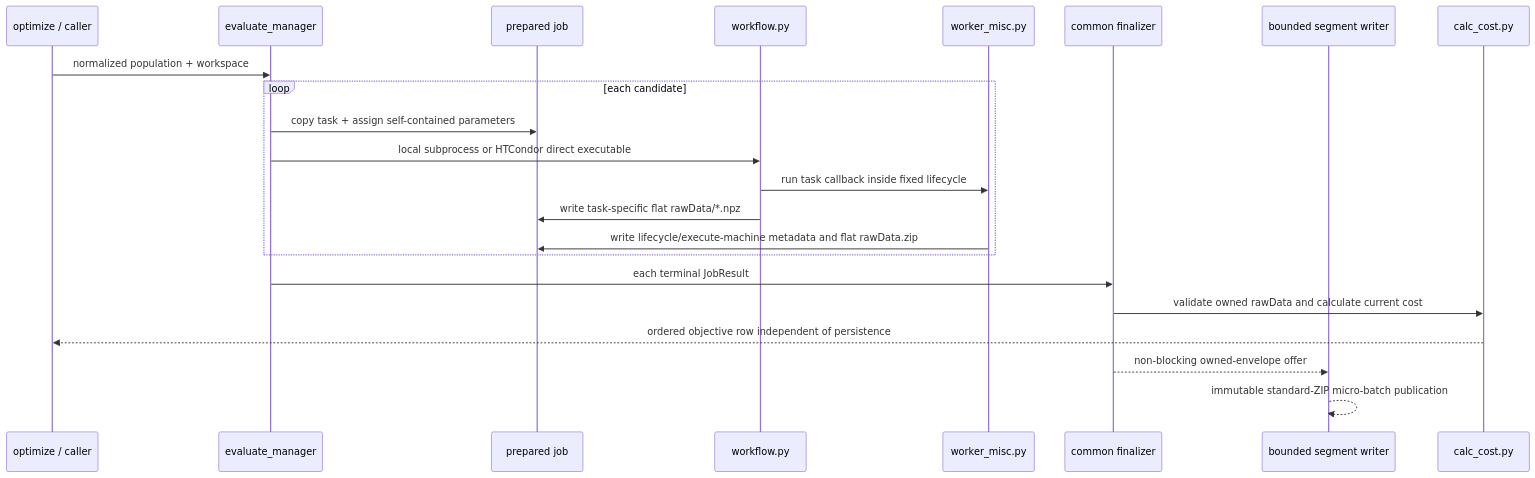
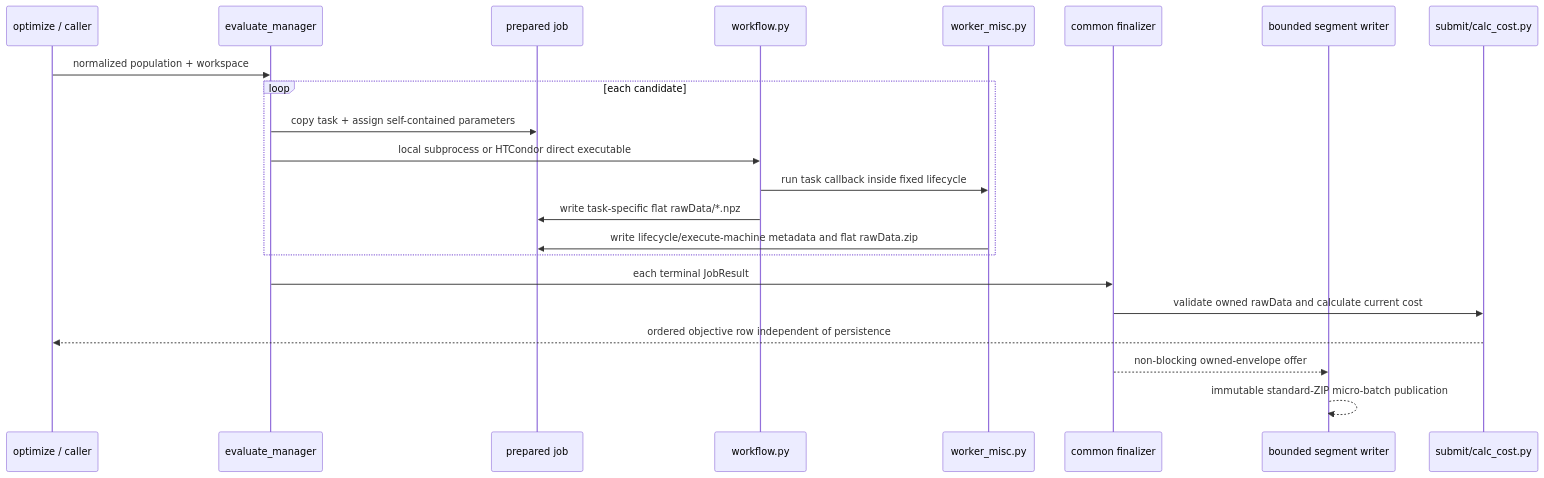
One commit to YS-Pan/yadof changed the diagram in dev_doc/architecture/4plus1_process_view.md. Above: the diagram before and after it, drawn with Mermaid. The commit also changed other lines of this file and 100 other files, not shown here.

````diff
--- a/dev_doc/architecture/4plus1_process_view.md
+++ b/dev_doc/architecture/4plus1_process_view.md
@@ -5,24 +5,24 @@
 ```mermaid
 sequenceDiagram
     participant O as optimize / caller
     participant E as evaluate_manager
     participant J as prepared job
     participant W as workflow.py
     participant S as worker_misc.py
     participant F as common finalizer
     participant R as bounded segment writer
-    participant C as calc_cost.py
+    participant C as submit/calc_cost.py
     O->>E: normalized population + workspace
     loop each candidate
         E->>J: copy task + assign self-contained parameters
         E->>W: local subprocess or HTCondor direct executable
         W->>S: run task callback inside fixed lifecycle
         W->>J: write task-specific flat rawData/*.npz
         S->>J: write lifecycle/execute-machine metadata and flat rawData.zip
     end
     E->>F: each terminal JobResult
     F->>C: validate owned rawData and calculate current cost
     C-->>O: ordered objective row independent of persistence
     F-->>R: non-blocking owned-envelope offer
     R-->>R: immutable standard-ZIP micro-batch publication
 ```
````
